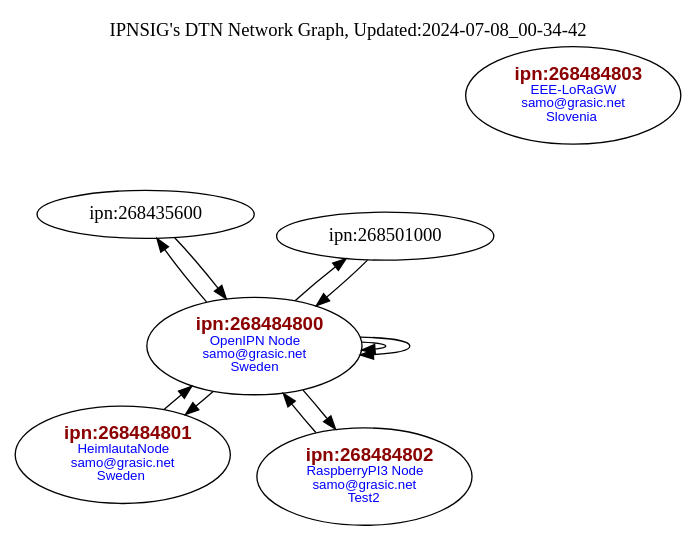
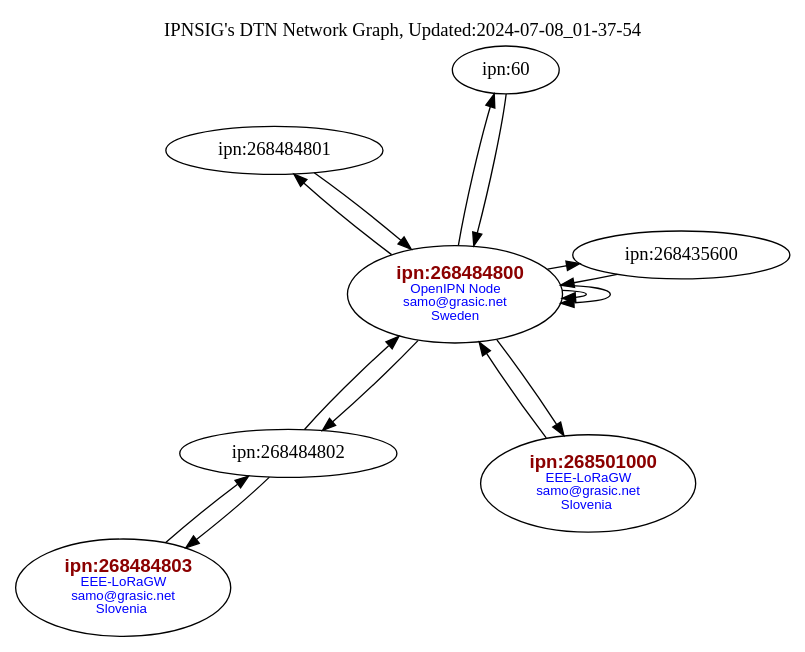
Before and after one commit to samograsic/ion-dtn-dtnex: the diagram in contactGraph.gv, drawn with Graphviz. The commit also changed 5 other files, not shown here.

```diff
--- a/contactGraph.gv
+++ b/contactGraph.gv
@@ -1,16 +1,19 @@
 digraph G { layout=neato; overlap=false;
-"ipn:268484801" [label=< <FONT POINT-SIZE="14" FACE="Arial" COLOR="darkred"><B>ipn:268484801</B></FONT><BR/><FONT POINT-SIZE="10" FACE="Arial" COLOR="blue">HeimlautaNode<br/>samo&#64;grasic&#46;net<br/>Sweden </FONT>>];
-"ipn:268484802" [label=< <FONT POINT-SIZE="14" FACE="Arial" COLOR="darkred"><B>ipn:268484802</B></FONT><BR/><FONT POINT-SIZE="10" FACE="Arial" COLOR="blue">RaspberryPI3 Node<br/>samo&#64;grasic&#46;net<br/>Test2</FONT>>];
 "ipn:268484803" [label=< <FONT POINT-SIZE="14" FACE="Arial" COLOR="darkred"><B>ipn:268484803</B></FONT><BR/><FONT POINT-SIZE="10" FACE="Arial" COLOR="blue">EEE-LoRaGW<br/>samo&#64;grasic&#46;net<br/>Slovenia </FONT>>];
+"ipn:268501000" [label=< <FONT POINT-SIZE="14" FACE="Arial" COLOR="darkred"><B>ipn:268501000</B></FONT><BR/><FONT POINT-SIZE="10" FACE="Arial" COLOR="blue">EEE-LoRaGW<br/>samo&#64;grasic&#46;net<br/>Slovenia </FONT>>];
 "ipn:268484800" [label=< <FONT POINT-SIZE="14" FACE="Arial" COLOR="darkred"><B>ipn:268484800</B></FONT><BR/><FONT POINT-SIZE="10" FACE="Arial" COLOR="blue">OpenIPN Node<br/>samo&#64;grasic&#46;net<br/>Sweden</FONT>>];
+"ipn:60" -> "ipn:268484800"
 "ipn:268435600" -> "ipn:268484800"
+"ipn:268484800" -> "ipn:60"
 "ipn:268484800" -> "ipn:268435600"
 "ipn:268484800" -> "ipn:268484800"
 "ipn:268484800" -> "ipn:268484800"
 "ipn:268484800" -> "ipn:268484801"
 "ipn:268484800" -> "ipn:268484802"
 "ipn:268484800" -> "ipn:268501000"
 "ipn:268484801" -> "ipn:268484800"
 "ipn:268484802" -> "ipn:268484800"
+"ipn:268484802" -> "ipn:268484803"
+"ipn:268484803" -> "ipn:268484802"
 "ipn:268501000" -> "ipn:268484800"
-labelloc="t"; label="IPNSIG's DTN Network Graph, Updated:2024-07-08_00-34-42"}
+labelloc="t"; label="IPNSIG's DTN Network Graph, Updated:2024-07-08_01-37-54"}
```
